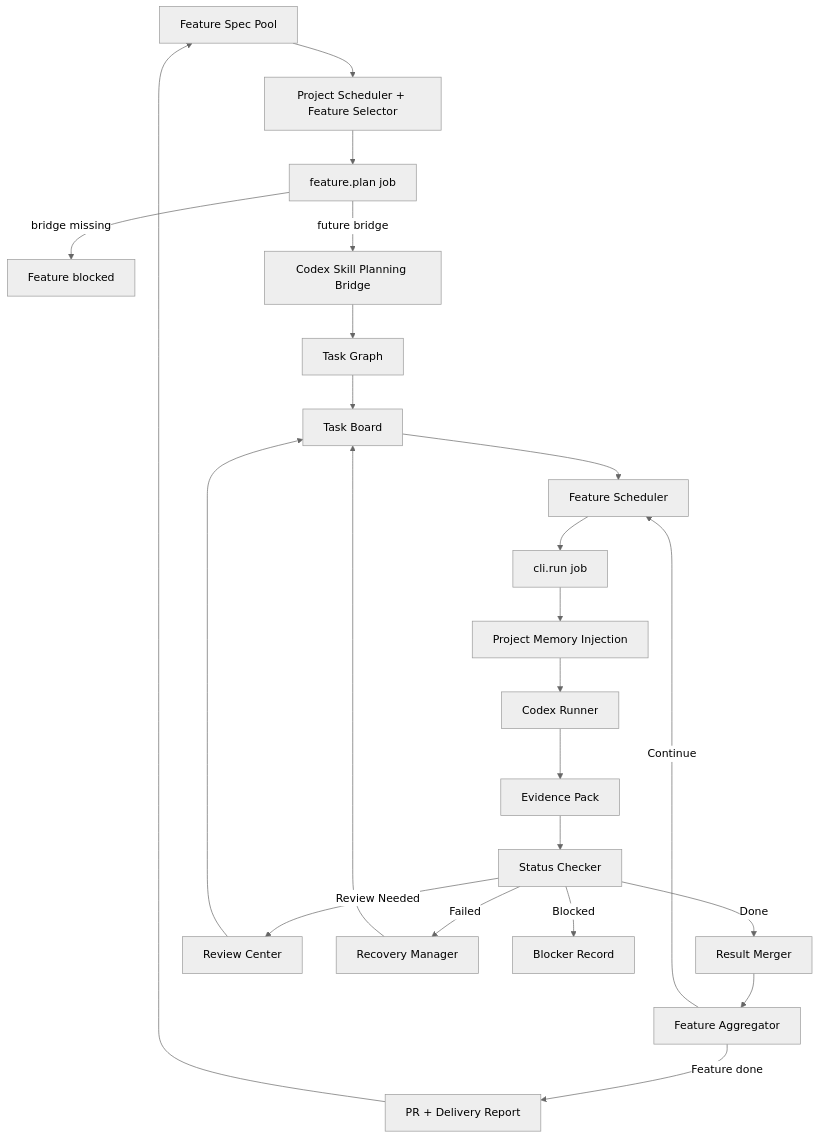
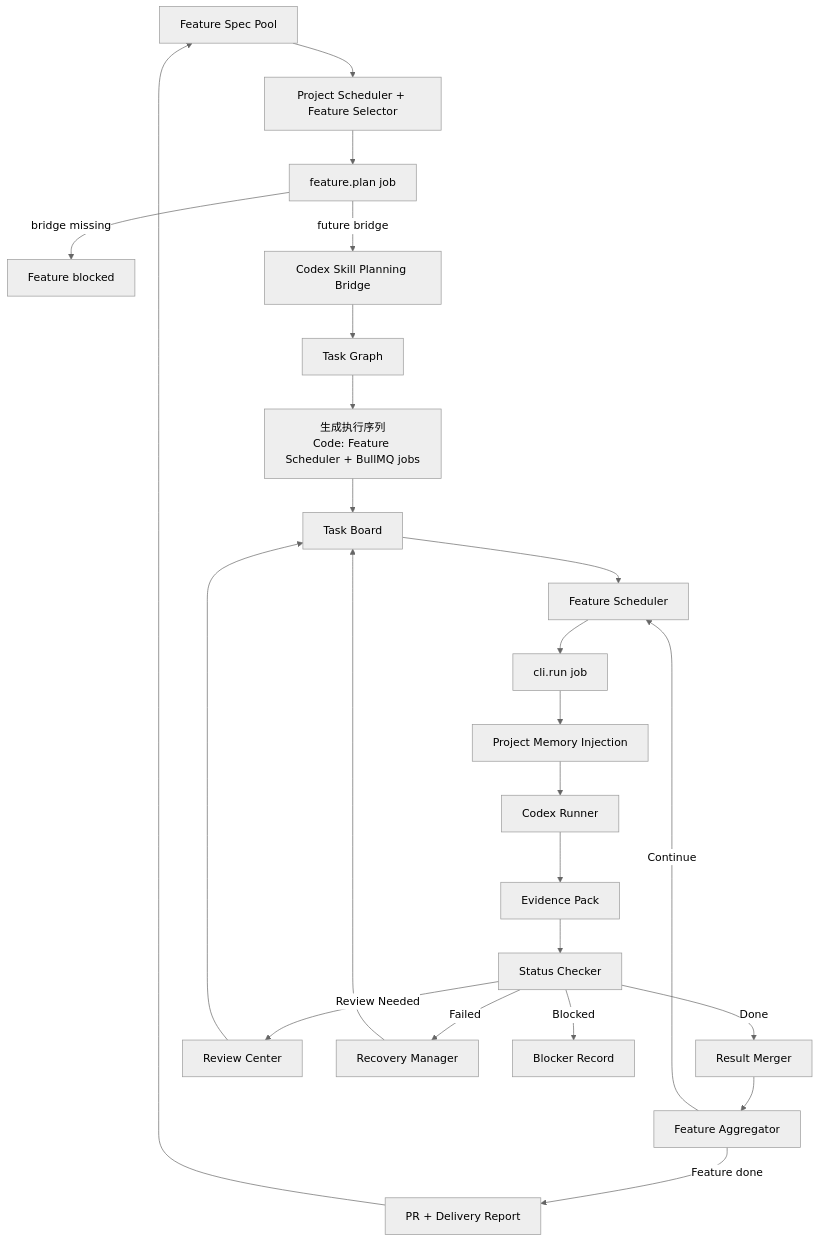
Before and after one commit to songcojp/Spec-Driven-Autonomous-Coding-System: the fourth of 6 diagrams in docs/zh-CN/hld.md, drawn with Mermaid (neutral theme). The commit also changed other lines of this file and 7 other files, not shown here.

Commit message:
feat: harden cli adapter activation flow

````diff
--- a/docs/zh-CN/hld.md
+++ b/docs/zh-CN/hld.md
@@ -522,25 +522,26 @@
 ```mermaid
 flowchart TD
   Pool[Feature Spec Pool] --> Selector[Project Scheduler + Feature Selector]
   Selector --> SchedulerJob[feature.plan job]
   SchedulerJob -->|bridge missing| BlockedPlanning[Feature blocked]
   SchedulerJob -->|future bridge| Planning[Codex Skill Planning Bridge]
   Planning --> Graph[Task Graph]
-  Graph --> Board[Task Board]
+  Graph --> Seq[生成执行序列<br/>Code: Feature Scheduler + BullMQ jobs]
+  Seq --> Board[Task Board]
   Board --> Schedule[Feature Scheduler]
   Schedule --> CliJob[cli.run job]
   CliJob --> Memory[Project Memory Injection]
   Memory --> Runner[Codex Runner]
   Runner --> Evidence[Evidence Pack]
   Evidence --> Check[Status Checker]
   Check -->|Done| Merge[Result Merger]
   Check -->|Review Needed| Review[Review Center]
   Check -->|Failed| Recovery[Recovery Manager]
   Check -->|Blocked| Blocked[Blocker Record]
   Merge --> Aggregate[Feature Aggregator]
   Review --> Board
   Recovery --> Board
   Aggregate -->|Feature done| Delivery[PR + Delivery Report]
   Aggregate -->|Continue| Schedule
   Delivery --> Pool
 ```
````
